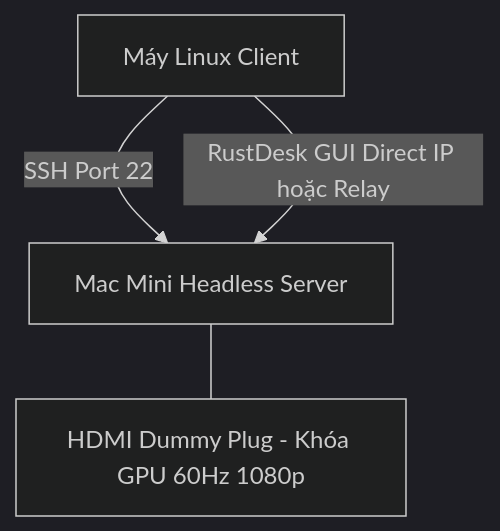
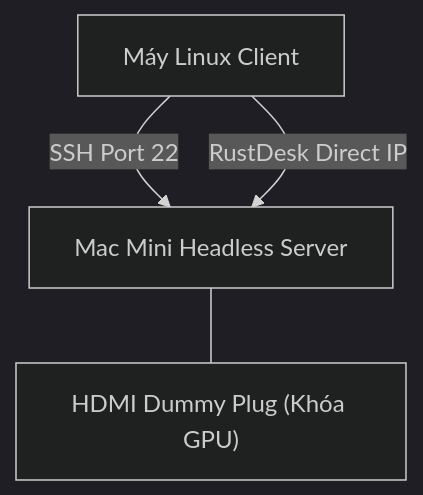
One commit to nguyengoctin/my_website changed the diagram in content/posts/huong-dan-cau-hinh-mac-mini-headless-server.md. Above: the diagram before and after it, drawn with Mermaid (dark theme). The commit also changed 9 other files, not shown here.

````diff
--- a/content/posts/huong-dan-cau-hinh-mac-mini-headless-server.md
+++ b/content/posts/huong-dan-cau-hinh-mac-mini-headless-server.md
@@ -17,6 +17,9 @@
 ```mermaid
 flowchart TD
-    A["Máy Linux Client"] -->|SSH Port 22| B["Mac Mini Headless Server"]
-    A -->|RustDesk GUI Direct IP hoặc Relay| B
-    B --- C["HDMI Dummy Plug - Khóa GPU 60Hz 1080p"]
+    A["`Máy Linux Client`"]
+    B["`Mac Mini Headless Server`"]
+    C["`HDMI Dummy Plug (Khóa GPU)`"]
+    A -->|SSH Port 22| B
+    A -->|RustDesk Direct IP| B
+    B --- C
 ```
````
